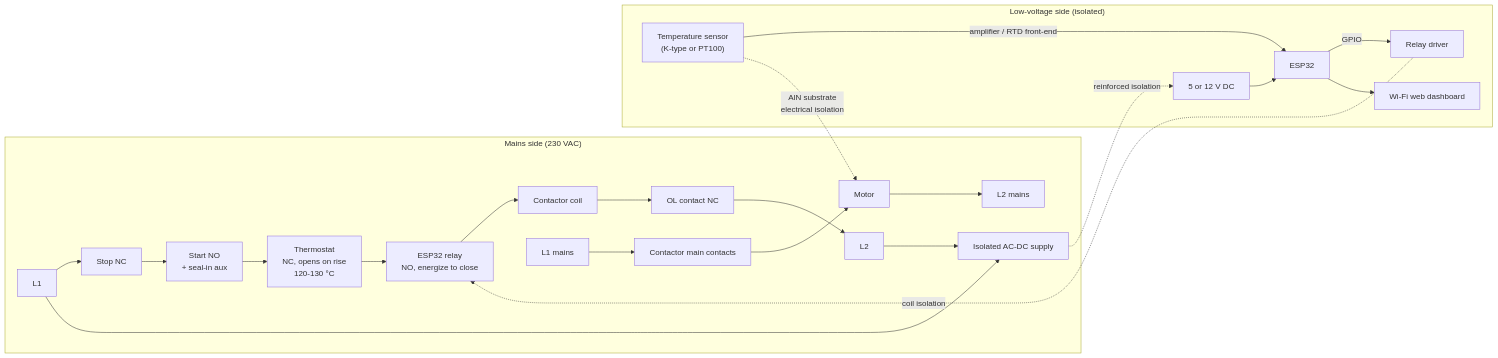
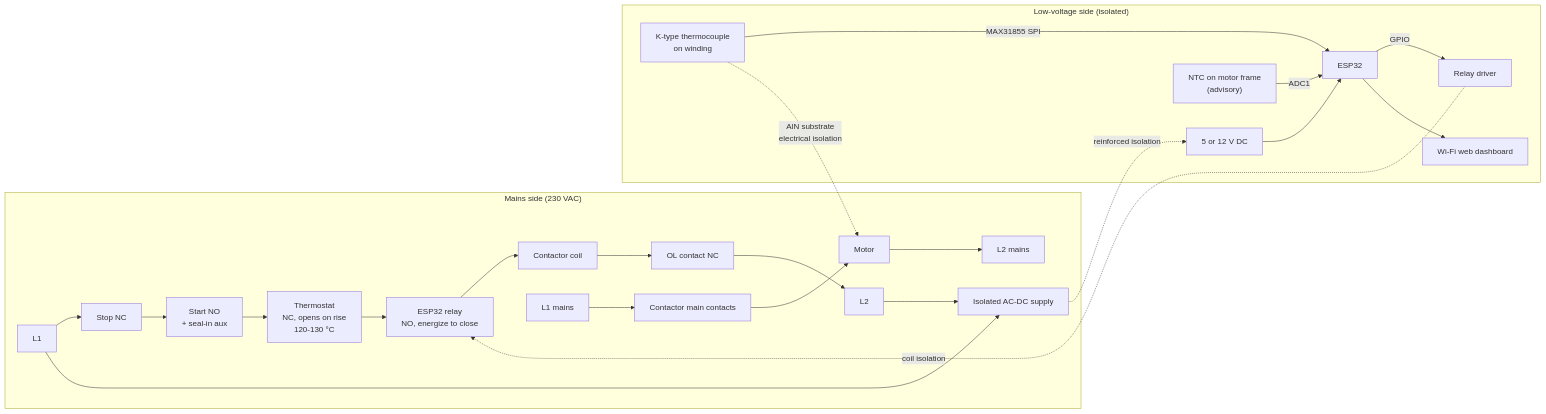
One commit to 6ilo/tablesaw-thermal-protection changed the first of 3 diagrams in ARCHITECTURE.md. Above: the diagram before and after it, drawn with Mermaid. The commit also changed other lines of this file and 2 other files, not shown here.

````diff
--- a/ARCHITECTURE.md
+++ b/ARCHITECTURE.md
@@ -87,30 +90,31 @@
 ```mermaid
 flowchart LR
     subgraph MAINS ["Mains side (230 VAC)"]
         L1[L1] --> Stop[Stop NC]
         Stop --> StartSeal["Start NO<br/>+ seal-in aux"]
         StartSeal --> TS["Thermostat<br/>NC, opens on rise<br/>120-130 °C"]
         TS --> RLY["ESP32 relay<br/>NO, energize to close"]
         RLY --> Coil[Contactor coil]
         Coil --> OL[OL contact NC]
         OL --> L2[L2]
 
         L1 --> PSU_IN[Isolated AC-DC supply]
         L2 --> PSU_IN
 
         L1_mot[L1 mains] --> Cont[Contactor main contacts]
         Cont --> Mot[Motor]
         Mot --> L2_mot[L2 mains]
     end
 
     subgraph LV ["Low-voltage side (isolated)"]
         PSU_OUT[5 or 12 V DC] --> ESP[ESP32]
         ESP -->|GPIO| RelayDrv[Relay driver]
-        Sensor["Temperature sensor<br/>(K-type or PT100)"] -->|amplifier / RTD front-end| ESP
+        TC["K-type thermocouple<br/>on winding"] -->|MAX31855 SPI| ESP
+        NTC["NTC on motor frame<br/>(advisory)"] -->|ADC1| ESP
         ESP --> WiFi[Wi-Fi web dashboard]
     end
 
     PSU_IN -.reinforced isolation.-> PSU_OUT
     RelayDrv -.coil isolation.-> RLY
-    Sensor -.AlN substrate<br/>electrical isolation.-> Mot
+    TC -.AlN substrate<br/>electrical isolation.-> Mot
 ```
````
